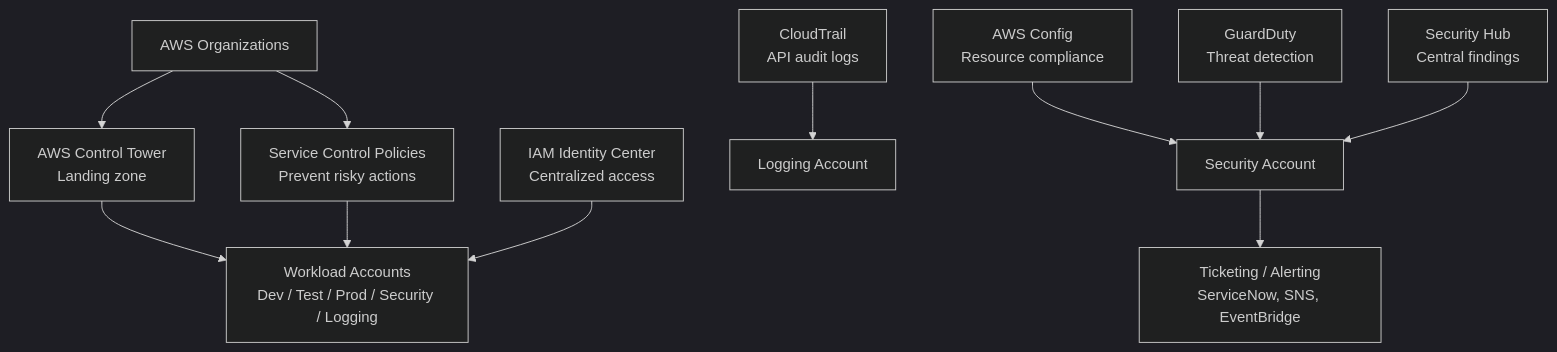
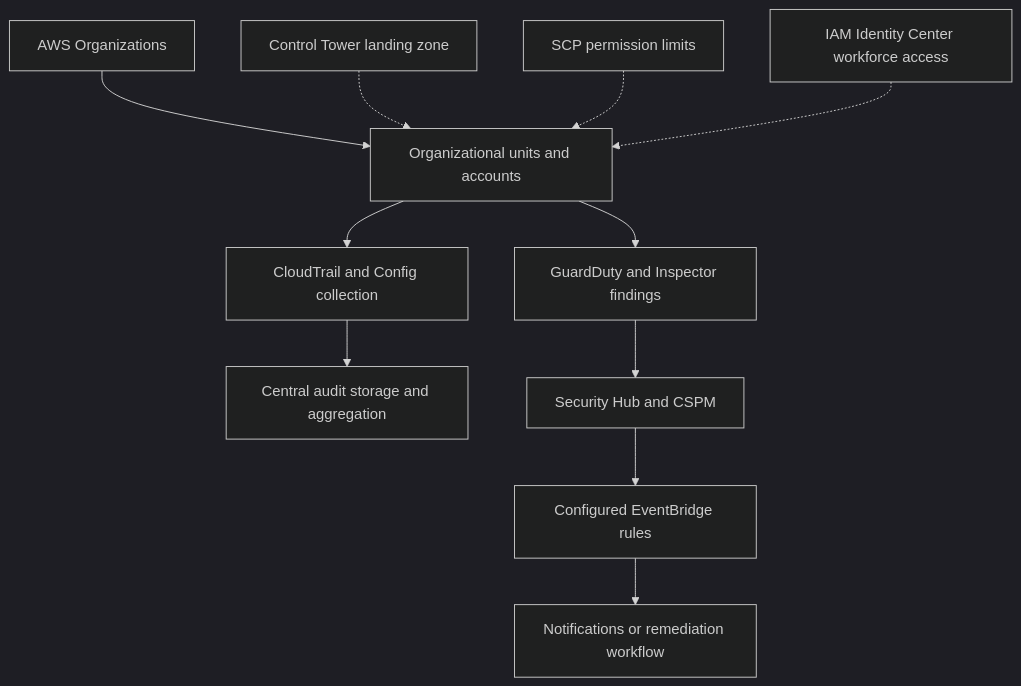
Before and after one commit to Olalekog/learning: the fourth of 4 diagrams in AWS/AWS_Services/AWS_Services.md, drawn with Mermaid (dark theme). The commit also changed other lines of this file and 2 other files, not shown here.

````diff
--- a/AWS/AWS_Services/AWS_Services.md
+++ b/AWS/AWS_Services/AWS_Services.md
@@ -110,15 +113,13 @@
 ```mermaid
 flowchart TB
-    ORG[AWS Organizations] --> SCP["Service Control Policies<br/>Prevent risky actions"]
-    ORG --> CTOWER["AWS Control Tower<br/>Landing zone"]
-    CTOWER --> ACCOUNTS["Workload Accounts<br/>Dev / Test / Prod / Security / Logging"]
-    SCP --> ACCOUNTS
-
-    IAM["IAM Identity Center<br/>Centralized access"] --> ACCOUNTS
-    CLOUDTRAIL["CloudTrail<br/>API audit logs"] --> LOGGING[Logging Account]
-    CONFIG["AWS Config<br/>Resource compliance"] --> SECURITY[Security Account]
-    GUARDDUTY["GuardDuty<br/>Threat detection"] --> SECURITY
-    SECURITYHUB["Security Hub<br/>Central findings"] --> SECURITY
-
-    SECURITY --> SNOW["Ticketing / Alerting<br/>ServiceNow, SNS, EventBridge"]
+    Org["AWS Organizations"] --> OU["Organizational units and accounts"]
+    Tower["Control Tower landing zone"] -.-> OU
+    SCP["SCP permission limits"] -.-> OU
+    SSO["IAM Identity Center workforce access"] -.-> OU
+    OU --> Audit["CloudTrail and Config collection"]
+    OU --> Detect["GuardDuty and Inspector findings"]
+    Audit --> Store["Central audit storage and aggregation"]
+    Detect --> Hub["Security Hub and CSPM"]
+    Hub --> Events["Configured EventBridge rules"]
+    Events --> Actions["Notifications or remediation workflow"]
 ```
````
